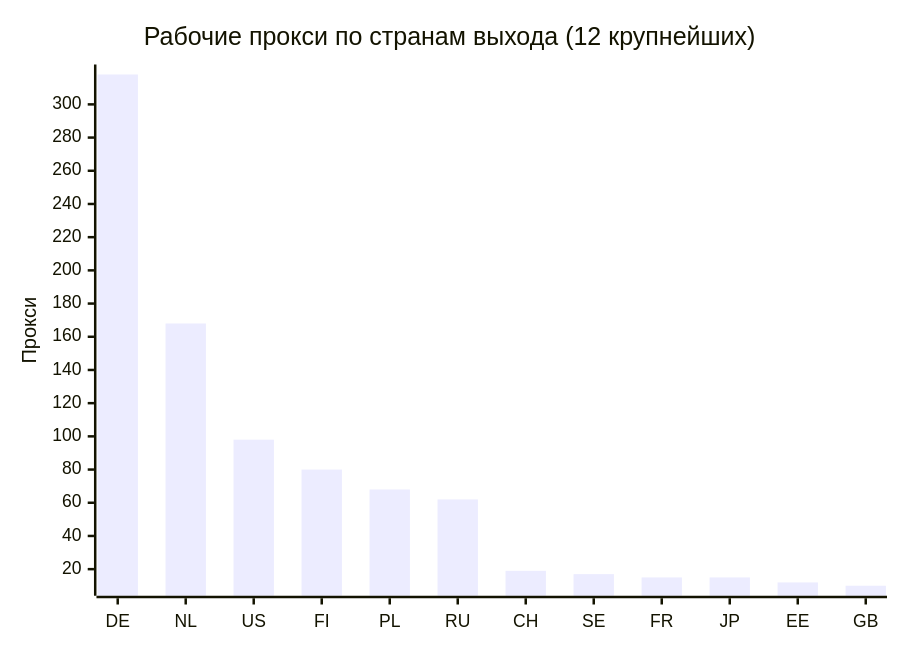
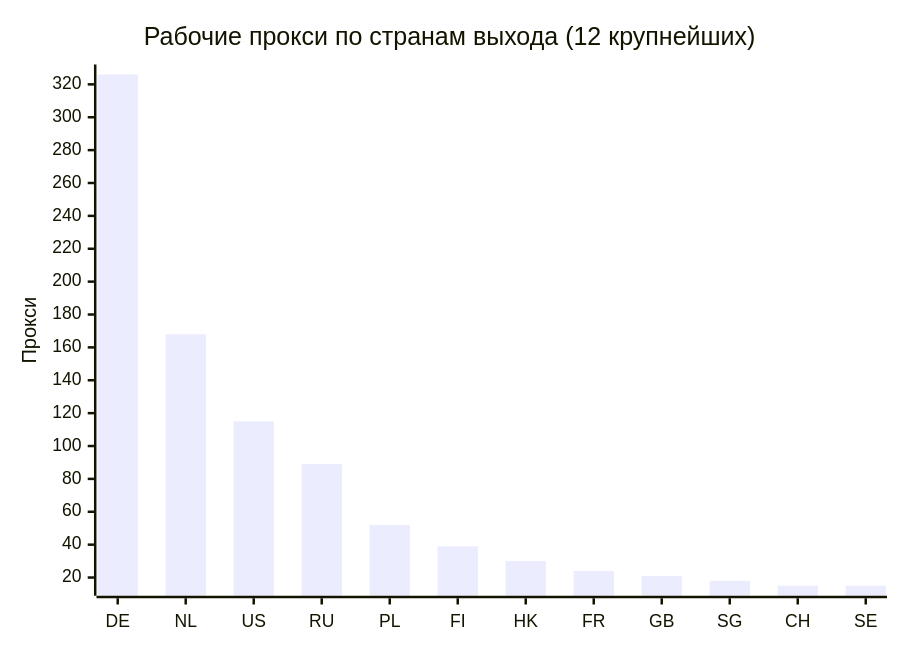
The second of 4 diagrams in README.md (rvvg/proxy-subs), drawn with Mermaid before and after one commit. The commit also changed other lines of this file and 50 other files, not shown here.

````diff
--- a/README.md
+++ b/README.md
@@ -124,7 +133,7 @@
 ```mermaid
 xychart-beta
     title "Рабочие прокси по странам выхода (12 крупнейших)"
-    x-axis ["DE", "NL", "US", "FI", "PL", "RU", "CH", "SE", "FR", "JP", "EE", "GB"]
+    x-axis ["DE", "NL", "US", "RU", "PL", "FI", "HK", "FR", "GB", "SG", "CH", "SE"]
     y-axis "Прокси"
-    bar [318, 168, 98, 80, 68, 62, 19, 17, 15, 15, 12, 10]
+    bar [326, 168, 115, 89, 52, 39, 30, 24, 21, 18, 15, 15]
 ```
````
